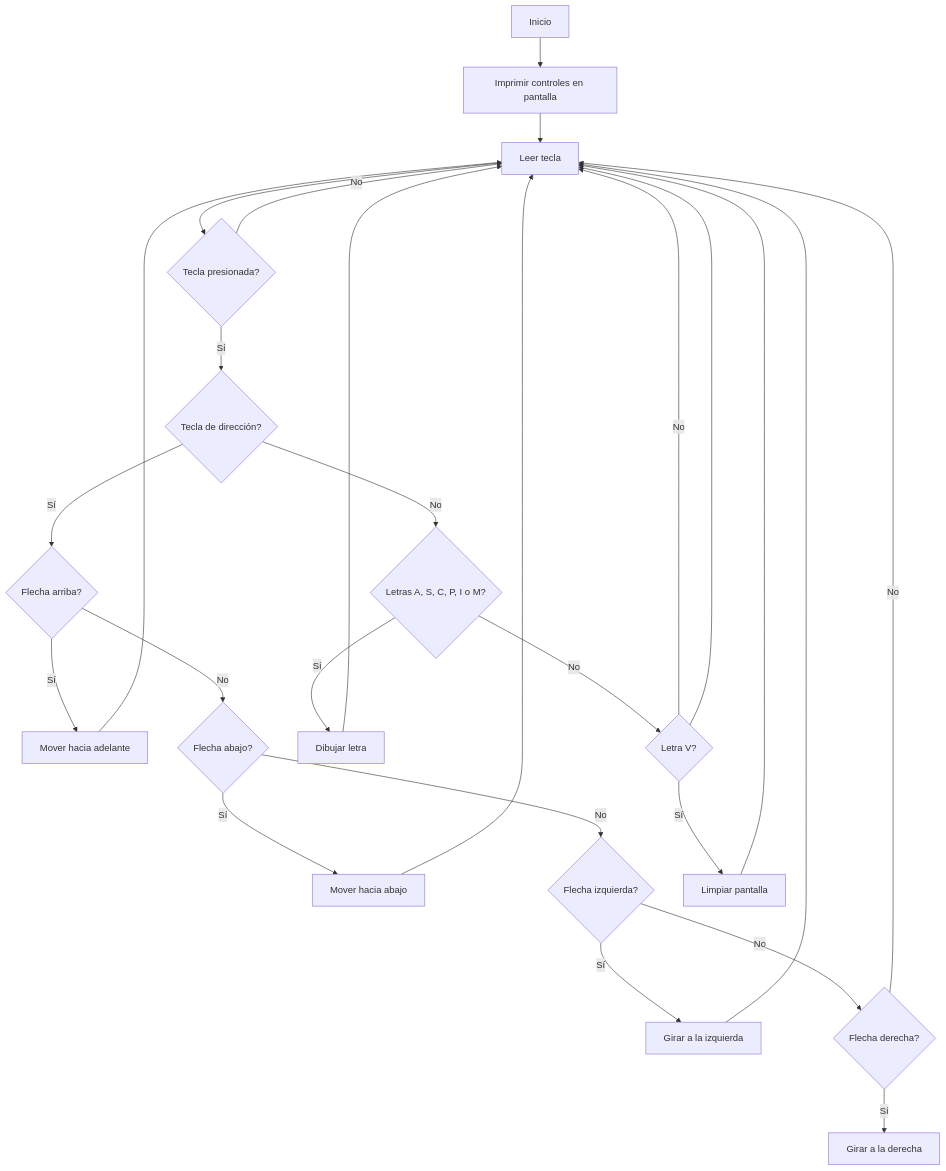
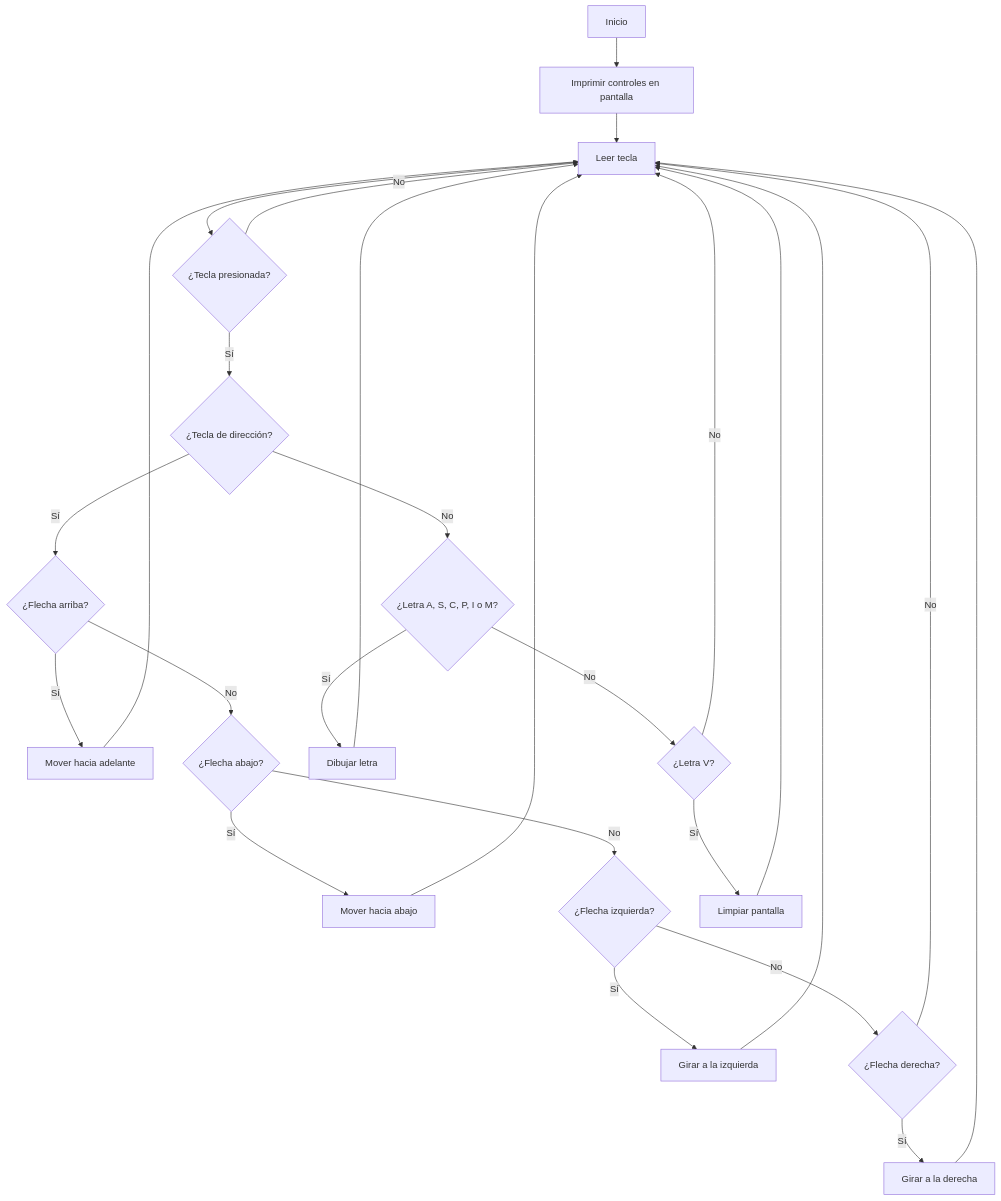
Before and after one commit to isamendo17/LabRobotica: the diagram in README.md, drawn with Mermaid.

````diff
--- a/README.md
+++ b/README.md
@@ -10,28 +10,28 @@
 ```mermaid
 flowchart TD
     A[Inicio] --> B[Imprimir controles en pantalla]
     B --> C[Leer tecla]
-    C --> D{Tecla presionada?}
-    D -- Sí --> E{Tecla de dirección?}
+    C --> D{¿Tecla presionada?}
+    D -- Sí --> E{¿Tecla de dirección?}
     D -- No --> C
-    E -- Sí --> F{Flecha arriba?}
-    E -- No --> G{Letras A, S, C, P, I o M?}
+    E -- Sí --> F{¿Flecha arriba?}
+    E -- No --> G{¿Letra A, S, C, P, I o M?}
     F -- Sí --> H[Mover hacia adelante]
-    F -- No --> I{Flecha abajo?}
+    F -- No --> I{¿Flecha abajo?}
     G -- Sí --> J[Dibujar letra]
-    G -- No --> K{Letra V?}
+    G -- No --> K{¿Letra V?}
     H --> C
     I -- Sí --> L[Mover hacia abajo]
-    I -- No --> M{Flecha izquierda?}
+    I -- No --> M{¿Flecha izquierda?}
     J --> C
     K -- Sí --> N[Limpiar pantalla]
     K -- No --> C
     L --> C
     M -- Sí --> O[Girar a la izquierda]
-    M -- No --> P{Flecha derecha?}
+    M -- No --> P{¿Flecha derecha?}
     N --> C
     O --> C
     P -- Sí --> Q[Girar a la derecha]
     P -- No --> C
-    K --> C
+    Q --> C
 ```
````
